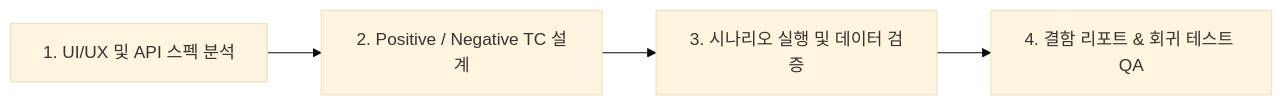
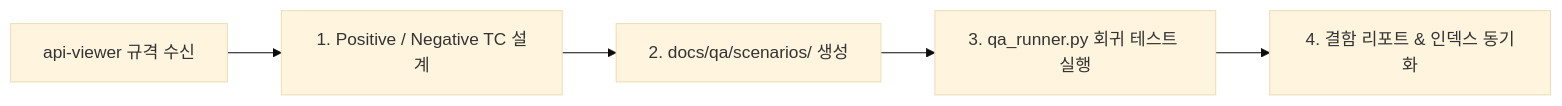
Before and after one commit to worean/antigravity-workflow: the diagram in .agents/agents/qa-tester.md, drawn with Mermaid (base theme). The commit also changed other lines of this file and 14 other files, not shown here.

Commit message:
refactor(agents): establish concurrent & api-viewer bridge pipeline and update skills tooling

````diff
--- a/.agents/agents/qa-tester.md
+++ b/.agents/agents/qa-tester.md
@@ -20,6 +18,7 @@
 ```mermaid
 flowchart LR
-    Q1[1. UI/UX 및 API 스펙 분석] --> Q2[2. Positive / Negative TC 설계]
-    Q2 --> Q3[3. 시나리오 실행 및 데이터 검증]
-    Q3 --> Q4[4. 결함 리포트 & 회귀 테스트 QA]
+    AV[api-viewer 규격 수신] --> Q1[1. Positive / Negative TC 설계]
+    Q1 --> Q2[2. docs/qa/scenarios/ 생성]
+    Q2 --> Q3[3. qa_runner.py 회귀 테스트 실행]
+    Q3 --> Q4[4. 결함 리포트 & 인덱스 동기화]
 ```
````
